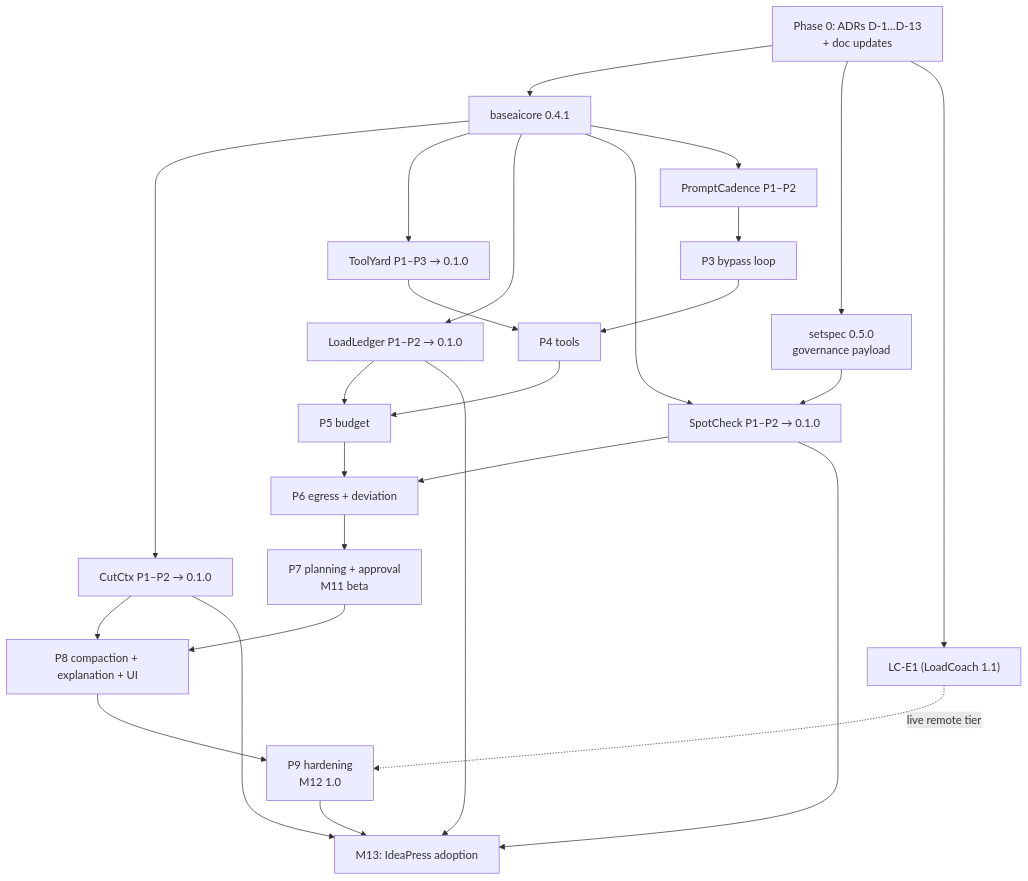
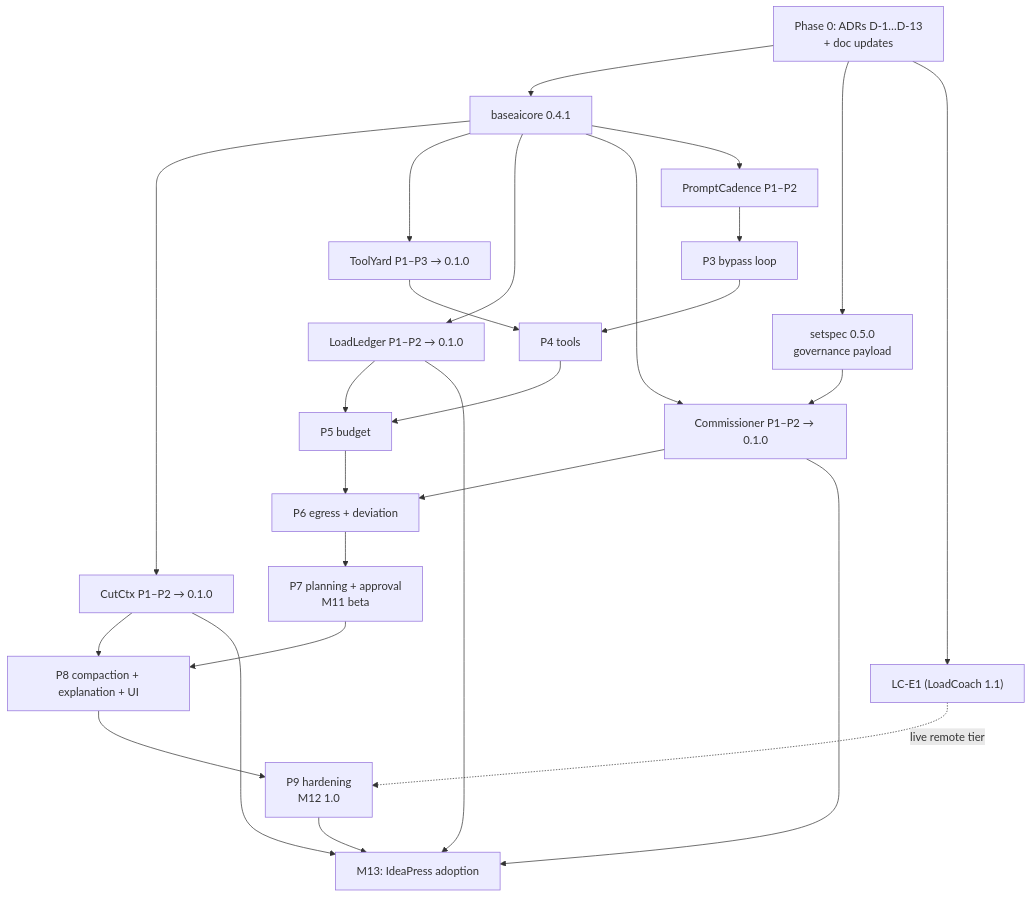
One commit to JPKell/OpenWeight-Gym changed the diagram in roadmap/promptcadence-roadmap.md. Above: the diagram before and after it, drawn with Mermaid. The commit also changed other lines of this file and 26 other files, not shown here.

First line of the commit message:
refactor(commissioner): rename SpotCheck to Commissioner throughout

````diff
--- a/roadmap/promptcadence-roadmap.md
+++ b/roadmap/promptcadence-roadmap.md
@@ -102,28 +102,28 @@
 ```mermaid
 graph TD
     P0["Phase 0: ADRs D-1…D-13<br/>+ doc updates"] --> BC["baseaicore 0.4.1"]
     P0 --> SS["setspec 0.5.0<br/>governance payload"]
     BC --> CP["CutCtx P1–P2 → 0.1.0"]
     BC --> TY["ToolYard P1–P3 → 0.1.0"]
     BC --> LL["LoadLedger P1–P2 → 0.1.0"]
-    SS --> SC["SpotCheck P1–P2 → 0.1.0"]
+    SS --> SC["Commissioner P1–P2 → 0.1.0"]
     BC --> SC
     BC --> S12["PromptCadence P1–P2"]
     S12 --> S3["P3 bypass loop"]
     TY --> S4["P4 tools"]
     S3 --> S4
     LL --> S5["P5 budget"]
     S4 --> S5
     SC --> S6["P6 egress + deviation"]
     S5 --> S6
     S6 --> S7["P7 planning + approval<br/>M11 beta"]
     CP --> S8["P8 compaction + explanation + UI"]
     S7 --> S8
     S8 --> S9["P9 hardening<br/>M12 1.0"]
     P0 --> LCE1["LC-E1 (LoadCoach 1.1)"]
     LCE1 -. live remote tier .-> S9
     S9 --> M13["M13: IdeaPress adoption"]
     CP --> M13
     LL --> M13
     SC --> M13
 ```
````
